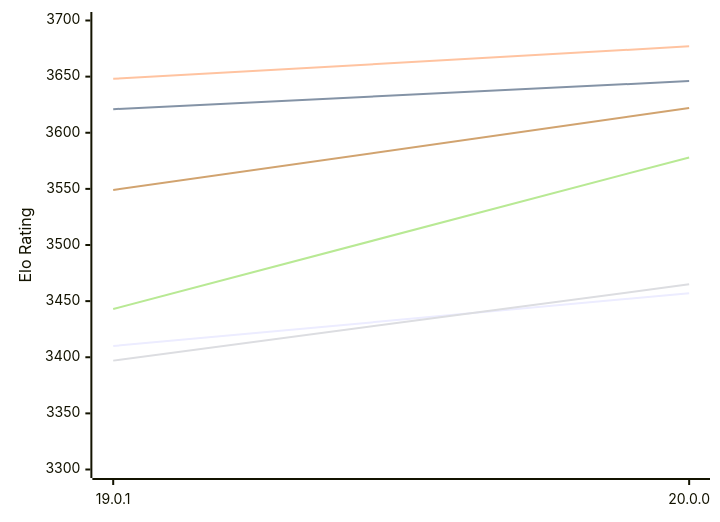
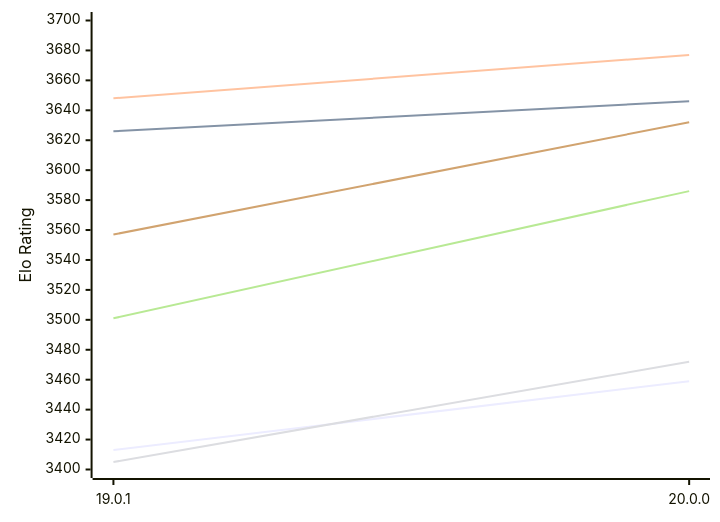
Before and after one commit to computer-chess-index/cci: the first of 2 diagrams in engines/Viridithas.md, drawn with Mermaid. The commit also changed other lines of this file, not shown here.

Commit message:
Update CCI Ratings (ELO VLTC) - 2026-11-25

````diff
--- a/engines/Viridithas.md
+++ b/engines/Viridithas.md
@@ -58,12 +58,12 @@
 ```mermaid
 %%{init: {"theme":"base","themeVariables":{"seriesColors:['#a3a3a3','#222221','#faa371']}}}%%
 xychart-beta
   x-axis ["19.0.1", "20.0.0"]
-  y-axis "Elo Rating" 3300 --> 3700
-  line "E1: STC (8.0+0.08s)" [3410, 3457]
-  line "E1: LTC (60.0+0.60s)" [3621, 3646]
+  y-axis "Elo Rating" 3400 --> 3700
+  line "E1: STC (8.0+0.08s)" [3413, 3459]
+  line "E1: LTC (60.0+0.60s)" [3626, 3646]
   line "E1: VLTC (2m24s+1.12s)" [3648, 3677]
-  line "P1: STC (8.0+0.08s)" [3397, 3465]
-  line "P1: LTC (60.0+0.60s)" [3443, 3578]
-  line "P1: VLTC (2m24s+1.12s)" [3549, 3622]
+  line "P1: STC (8.0+0.08s)" [3405, 3472]
+  line "P1: LTC (60.0+0.60s)" [3501, 3586]
+  line "P1: VLTC (2m24s+1.12s)" [3557, 3632]
 ```
````
